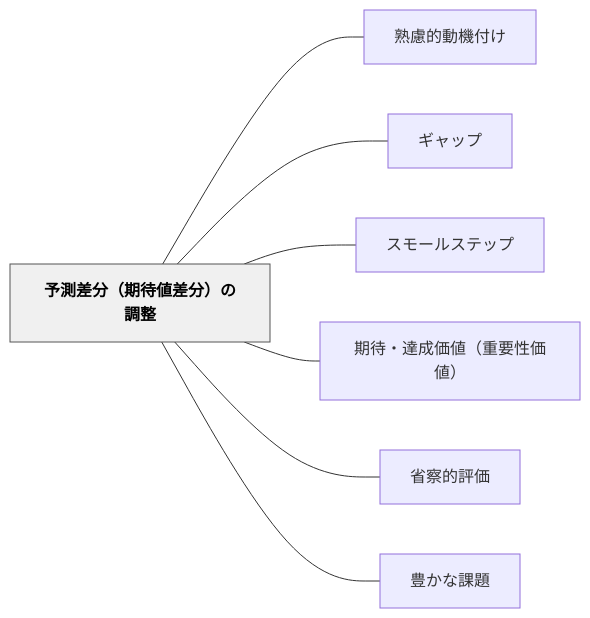
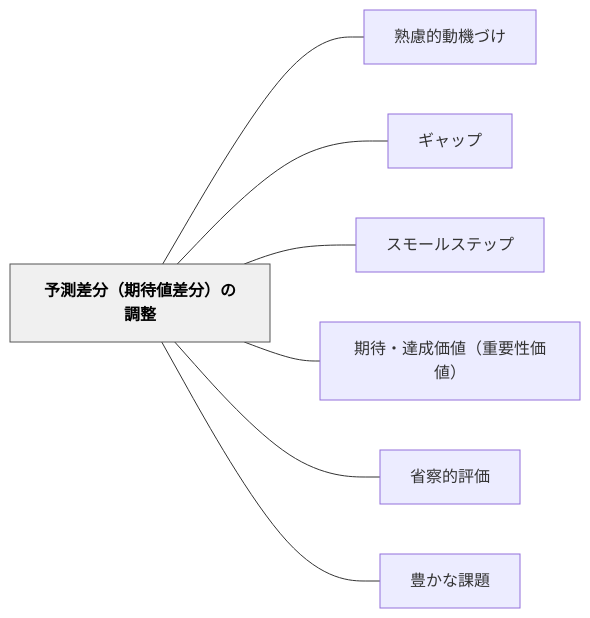
Before and after one commit to unknownthings-ed-patterns/unknownthings-ed-patterns: the diagram in content/パタン/予測差分（期待値差分）の調整.md, drawn with Mermaid. The commit also changed other lines of this file and 234 other files, not shown here.

````diff
--- a/content/パタン/予測差分（期待値差分）の調整.md
+++ b/content/パタン/予測差分（期待値差分）の調整.md
@@ -39,20 +39,20 @@
 ```mermaid
 flowchart LR
     ne4ba88e6b8ace5b7aee58886efbc88e69c9fe5be85e580a4e5b7aee58886efbc89e381aee8aabfe695b4["予測差分（期待値差分）の調整"]
-    ne7869fe685aee79a84e58b95e6a99fe4bb98e38191["熟慮的動機付け"]
+    ne7869fe685aee79a84e58b95e6a99fe381a5e38191["熟慮的動機づけ"]
     ne382aee383a3e38383e38397["ギャップ"]
     ne382b9e383a2e383bce383abe382b9e38386e38383e38397["スモールステップ"]
     ne69c9fe5be85e383bbe98194e68890e4bea1e580a4efbc88e9878de8a681e680a7e4bea1e580a4efbc89["期待・達成価値（重要性価値）"]
     ne79c81e5af9fe79a84e8a995e4bea1["省察的評価"]
     ne8b18ae3818be381aae8aab2e9a18c["豊かな課題"]
 
-    ne4ba88e6b8ace5b7aee58886efbc88e69c9fe5be85e580a4e5b7aee58886efbc89e381aee8aabfe695b4 --- ne7869fe685aee79a84e58b95e6a99fe4bb98e38191
+    ne4ba88e6b8ace5b7aee58886efbc88e69c9fe5be85e580a4e5b7aee58886efbc89e381aee8aabfe695b4 --- ne7869fe685aee79a84e58b95e6a99fe381a5e38191
     ne4ba88e6b8ace5b7aee58886efbc88e69c9fe5be85e580a4e5b7aee58886efbc89e381aee8aabfe695b4 --- ne382aee383a3e38383e38397
     ne4ba88e6b8ace5b7aee58886efbc88e69c9fe5be85e580a4e5b7aee58886efbc89e381aee8aabfe695b4 --- ne382b9e383a2e383bce383abe382b9e38386e38383e38397
     ne4ba88e6b8ace5b7aee58886efbc88e69c9fe5be85e580a4e5b7aee58886efbc89e381aee8aabfe695b4 --- ne69c9fe5be85e383bbe98194e68890e4bea1e580a4efbc88e9878de8a681e680a7e4bea1e580a4efbc89
     ne4ba88e6b8ace5b7aee58886efbc88e69c9fe5be85e580a4e5b7aee58886efbc89e381aee8aabfe695b4 --- ne79c81e5af9fe79a84e8a995e4bea1
     ne4ba88e6b8ace5b7aee58886efbc88e69c9fe5be85e580a4e5b7aee58886efbc89e381aee8aabfe695b4 --- ne8b18ae3818be381aae8aab2e9a18c
 
     classDef hub fill:#f0f0f0,stroke:#555,color:#000,font-weight:bold
     class ne4ba88e6b8ace5b7aee58886efbc88e69c9fe5be85e580a4e5b7aee58886efbc89e381aee8aabfe695b4 hub
 ```
````
